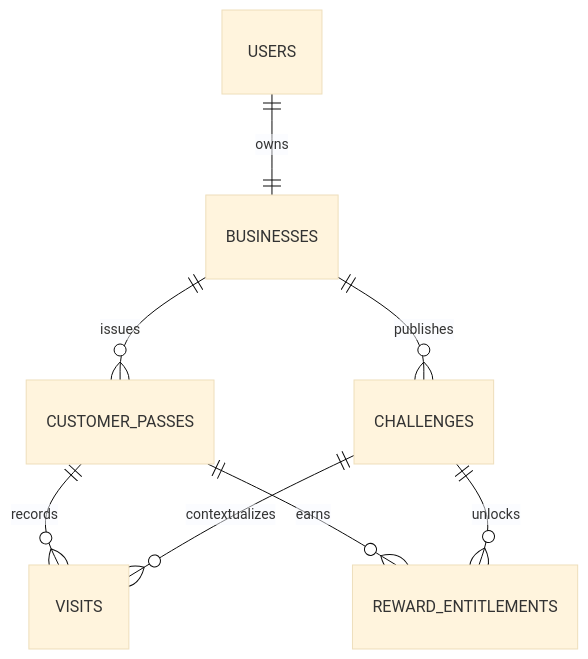
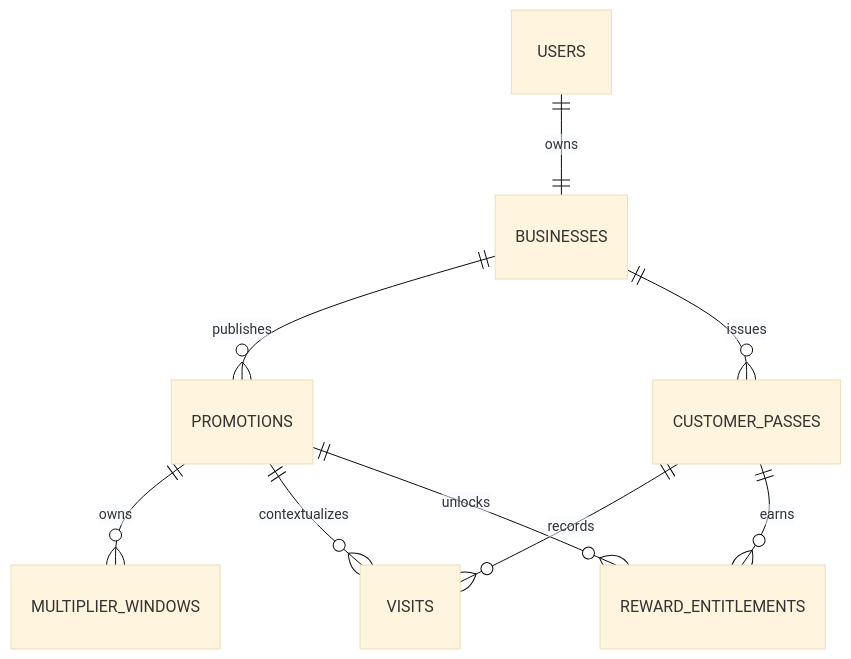
The first of 2 diagrams in README.md (spardobo/fidelitopass), drawn with Mermaid (base theme) before and after one commit. The commit also changed other lines of this file and 18 other files, not shown here.

````diff
--- a/README.md
+++ b/README.md
@@ -252,10 +247,11 @@
 ```mermaid
 erDiagram
     USERS ||--|| BUSINESSES : owns
-    BUSINESSES ||--o{ CHALLENGES : publishes
+    BUSINESSES ||--o{ PROMOTIONS : publishes
+    PROMOTIONS ||--o{ MULTIPLIER_WINDOWS : owns
     BUSINESSES ||--o{ CUSTOMER_PASSES : issues
     CUSTOMER_PASSES ||--o{ VISITS : records
-    CHALLENGES ||--o{ VISITS : contextualizes
+    PROMOTIONS ||--o{ VISITS : contextualizes
     CUSTOMER_PASSES ||--o{ REWARD_ENTITLEMENTS : earns
-    CHALLENGES ||--o{ REWARD_ENTITLEMENTS : unlocks
+    PROMOTIONS ||--o{ REWARD_ENTITLEMENTS : unlocks
 ```
````
